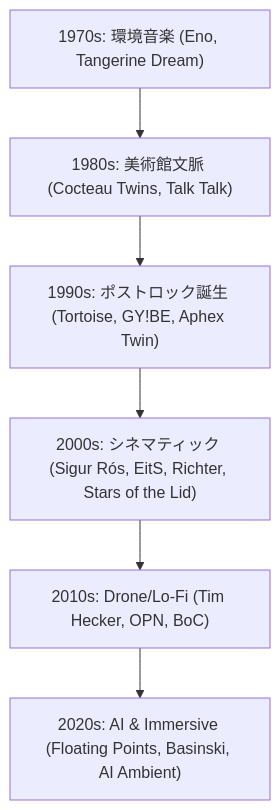
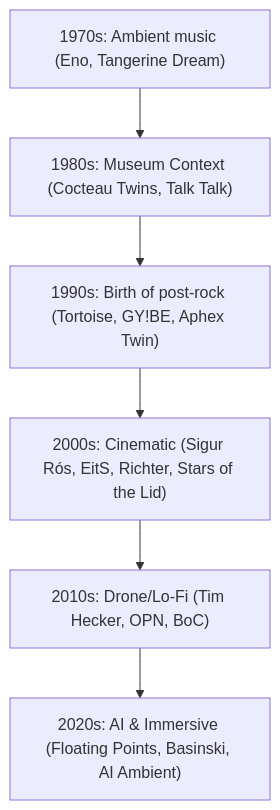
Before and after one commit to monumental-movement/monumental-movement.github.io: the diagram in en/_posts/2025-09-19-Column-Post-Rock-Ambient-History.md, drawn with Mermaid. The commit also changed 152 other files, not shown here.

```diff
--- a/en/_posts/2025-09-19-Column-Post-Rock-Ambient-History.md
+++ b/en/_posts/2025-09-19-Column-Post-Rock-Ambient-History.md
@@ -161,11 +161,11 @@
 <div class="mermaid">
 flowchart TD
-    A1970["1970s: 環境音楽 (Eno, Tangerine Dream)"]
-    A1980["1980s: 美術館文脈 (Cocteau Twins, Talk Talk)"]
-    A1990["1990s: ポストロック誕生 (Tortoise, GY!BE, Aphex Twin)"]
-    A2000["2000s: シネマティック (Sigur Rós, EitS, Richter, Stars of the Lid)"]
+    A1970["1970s: Ambient music (Eno, Tangerine Dream)"]
+    A1980["1980s: Museum Context (Cocteau Twins, Talk Talk)"]
+    A1990["1990s: Birth of post-rock (Tortoise, GY!BE, Aphex Twin)"]
+    A2000["2000s: Cinematic (Sigur Rós, EitS, Richter, Stars of the Lid)"]
     A2010["2010s: Drone/Lo-Fi (Tim Hecker, OPN, BoC)"]
     A2020["2020s: AI & Immersive (Floating Points, Basinski, AI Ambient)"]
 
     A1970 --> A1980 --> A1990 --> A2000 --> A2010 --> A2020
 </div>
```
